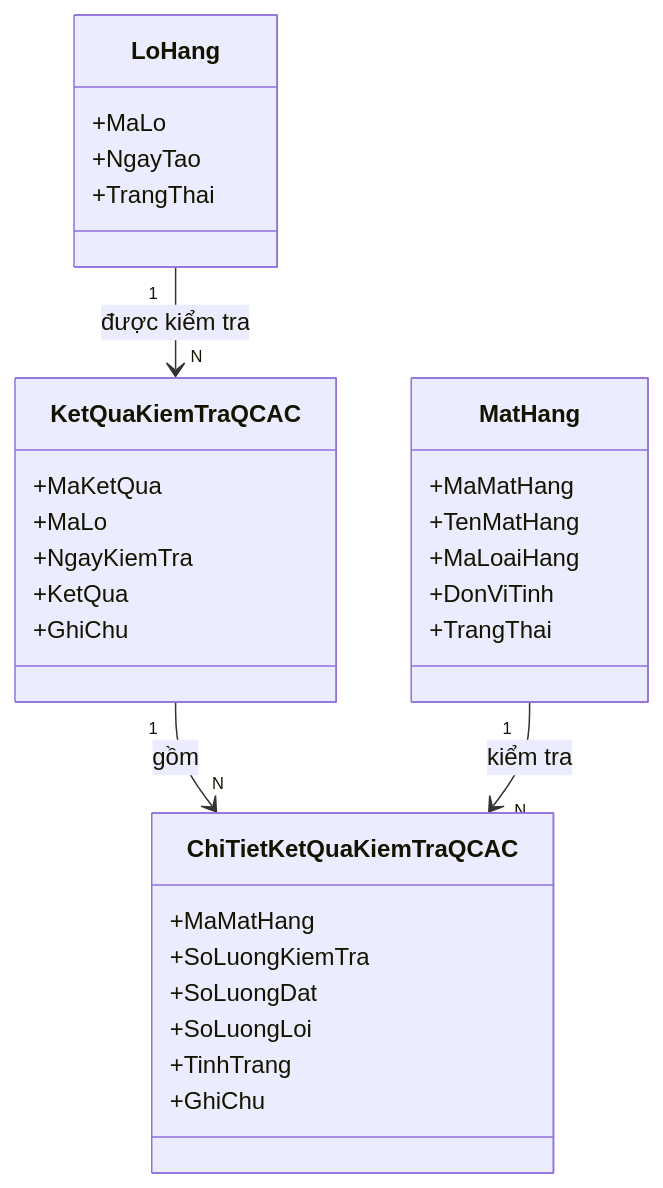
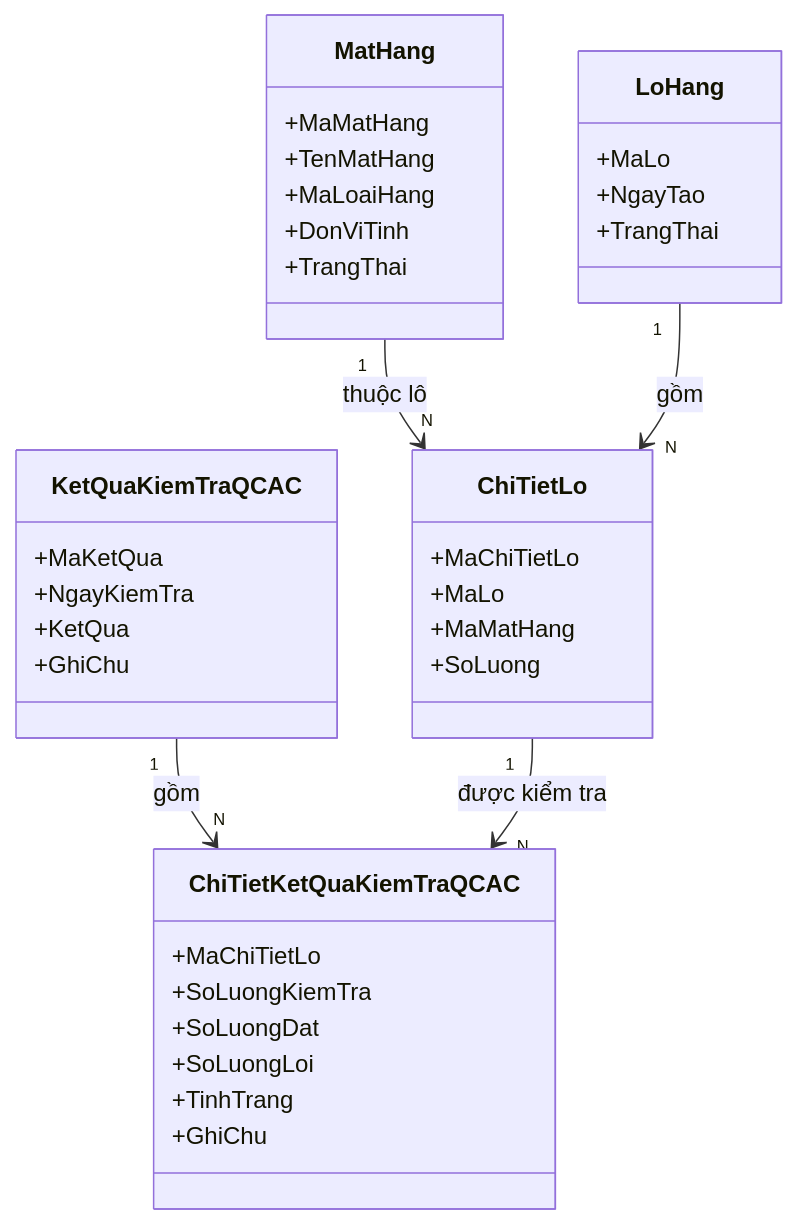
One commit to vthaix/WarehouseSystem changed diagram 11 of 14 in domain_model.md. Above: the diagram before and after it, drawn with Mermaid. The commit also changed other lines of this file, not shown here.

````diff
--- a/domain_model.md
+++ b/domain_model.md
@@ -477,39 +561,46 @@
 ```mermaid
 classDiagram
 
     class KetQuaKiemTraQCAC {
         +MaKetQua
-        +MaLo
         +NgayKiemTra
         +KetQua
         +GhiChu
     }
 
     class ChiTietKetQuaKiemTraQCAC {
-        +MaMatHang
+        +MaChiTietLo
         +SoLuongKiemTra
         +SoLuongDat
         +SoLuongLoi
         +TinhTrang
         +GhiChu
     }
 
     class LoHang {
         +MaLo
         +NgayTao
         +TrangThai
     }
 
     class MatHang {
         +MaMatHang
         +TenMatHang
         +MaLoaiHang
         +DonViTinh
         +TrangThai
     }
 
-    LoHang "1" --> "N" KetQuaKiemTraQCAC : được kiểm tra
+    class ChiTietLo {
+        +MaChiTietLo
+        +MaLo
+        +MaMatHang
+        +SoLuong
+    }
+
     KetQuaKiemTraQCAC "1" --> "N" ChiTietKetQuaKiemTraQCAC : gồm
-    MatHang "1" --> "N" ChiTietKetQuaKiemTraQCAC : kiểm tra
+    MatHang "1" --> "N" ChiTietLo : thuộc lô
+    LoHang "1" --> "N" ChiTietLo : gồm
+    ChiTietLo "1" --> "N" ChiTietKetQuaKiemTraQCAC : được kiểm tra
 
 ```
````
